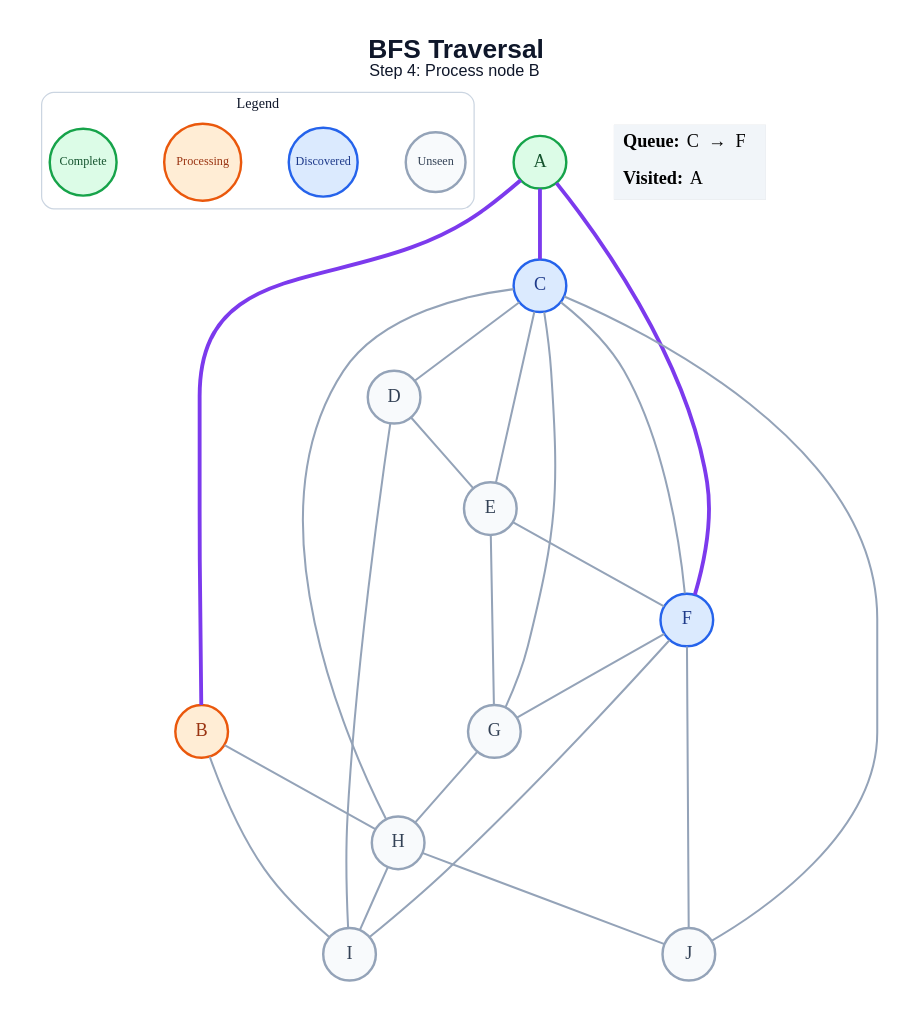
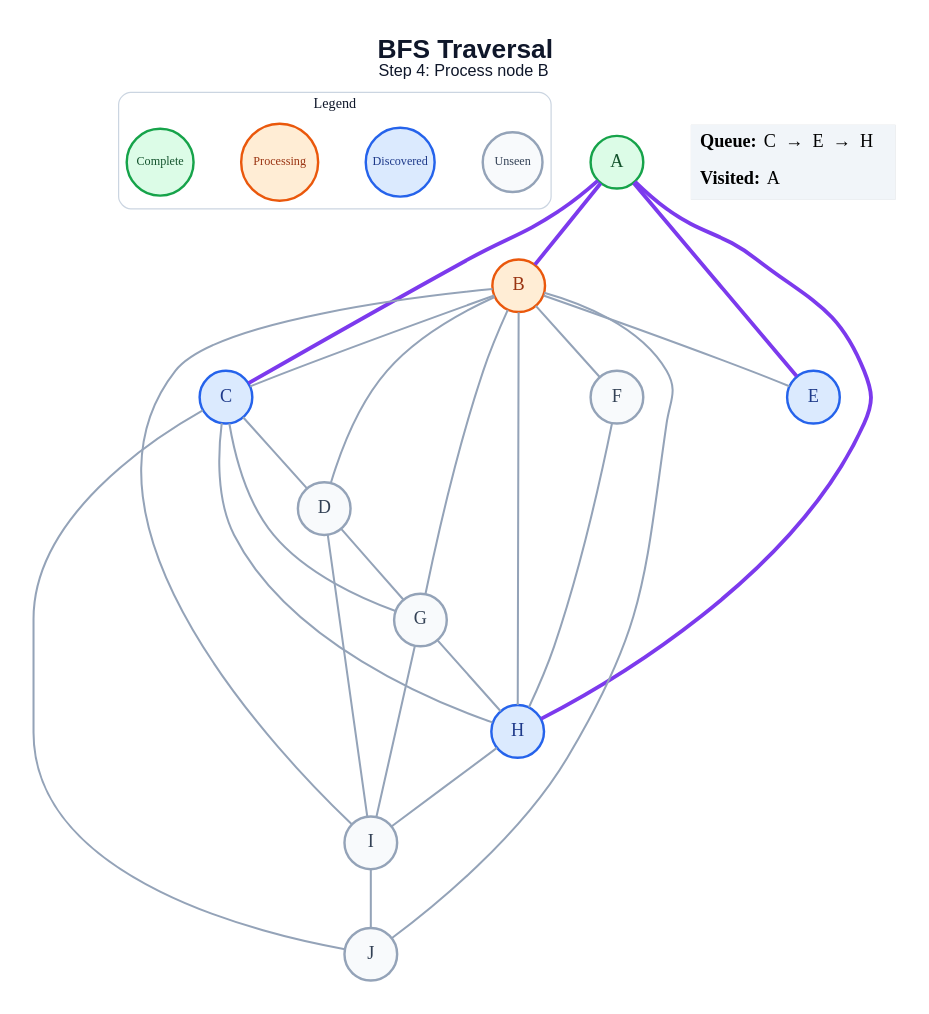
Before and after one commit to amanghodawala9/ai-slop: the diagram in generated/bfs/step_04.dot, drawn with Graphviz. The commit also changed 178 other files, not shown here.

```diff
--- a/generated/bfs/step_04.dot
+++ b/generated/bfs/step_04.dot
@@ -1,50 +1,52 @@
 graph traversal {
   graph [layout=dot, rankdir=TB, bgcolor="#FFFFFF", pad="0.35", nodesep="0.65", ranksep="0.8", fontname="Arial"];
   node [shape=circle, style="filled", fontname="Arial Bold", fontsize=18, width=0.72, fixedsize=true, penwidth=2.4];
   edge [color="#94A3B8", penwidth=2.0];
   label=<<B>BFS Traversal</B><BR/><FONT POINT-SIZE="16">Step 4: Process node B</FONT>>; labelloc="t"; fontsize=26; fontname="Arial"; fontcolor="#0F172A";
   subgraph cluster_legend { label="Legend"; color="#CBD5E1"; penwidth=1.2; style="rounded"; fontsize=14; fontname="Arial Bold";
     key_unseen [label="Unseen", fillcolor="#F8FAFC", color="#94A3B8", fontcolor="#334155", fontsize=12, width=0.82];
     key_frontier [label="Discovered", fillcolor="#DBEAFE", color="#2563EB", fontcolor="#1E3A8A", fontsize=12, width=0.95];
     key_current [label="Processing", fillcolor="#FFEDD5", color="#EA580C", fontcolor="#9A3412", fontsize=12, width=1.05];
     key_done [label="Complete", fillcolor="#DCFCE7", color="#16A34A", fontcolor="#14532D", fontsize=12, width=0.92];
     { rank=same; key_unseen; key_frontier; key_current; key_done; }
   }
   A [fillcolor="#DCFCE7", color="#16A34A", fontcolor="#14532D"];
   B [fillcolor="#FFEDD5", color="#EA580C", fontcolor="#9A3412"];
   C [fillcolor="#DBEAFE", color="#2563EB", fontcolor="#1E3A8A"];
   D [fillcolor="#F8FAFC", color="#94A3B8", fontcolor="#334155"];
-  E [fillcolor="#F8FAFC", color="#94A3B8", fontcolor="#334155"];
-  F [fillcolor="#DBEAFE", color="#2563EB", fontcolor="#1E3A8A"];
+  E [fillcolor="#DBEAFE", color="#2563EB", fontcolor="#1E3A8A"];
+  F [fillcolor="#F8FAFC", color="#94A3B8", fontcolor="#334155"];
   G [fillcolor="#F8FAFC", color="#94A3B8", fontcolor="#334155"];
-  H [fillcolor="#F8FAFC", color="#94A3B8", fontcolor="#334155"];
+  H [fillcolor="#DBEAFE", color="#2563EB", fontcolor="#1E3A8A"];
   I [fillcolor="#F8FAFC", color="#94A3B8", fontcolor="#334155"];
   J [fillcolor="#F8FAFC", color="#94A3B8", fontcolor="#334155"];
   A -- B [color="#7C3AED", penwidth=3.8];
   A -- C [color="#7C3AED", penwidth=3.8];
-  A -- F [color="#7C3AED", penwidth=3.8];
+  A -- E [color="#7C3AED", penwidth=3.8];
+  A -- H [color="#7C3AED", penwidth=3.8];
+  B -- C;
+  B -- D;
+  B -- E;
+  B -- F;
+  B -- G;
   B -- H;
   B -- I;
+  B -- J;
   C -- D;
-  C -- E;
-  C -- F;
   C -- G;
   C -- H;
   C -- J;
-  D -- E;
+  D -- G;
   D -- I;
-  E -- F;
-  E -- G;
-  F -- G;
-  F -- I;
-  F -- J;
+  F -- H;
   G -- H;
+  G -- I;
   H -- I;
-  H -- J;
+  I -- J;
   status [shape=plain, fixedsize=false, width=0, height=0, margin=0, label=<
     <TABLE BORDER="0" CELLBORDER="0" CELLPADDING="7" BGCOLOR="#F1F5F9">
-      <TR><TD ALIGN="LEFT"><B>Queue:</B> C  →  F</TD></TR>
+      <TR><TD ALIGN="LEFT"><B>Queue:</B> C  →  E  →  H</TD></TR>
       <TR><TD ALIGN="LEFT"><B>Visited:</B> A</TD></TR>
     </TABLE>
   >];
 }
```
